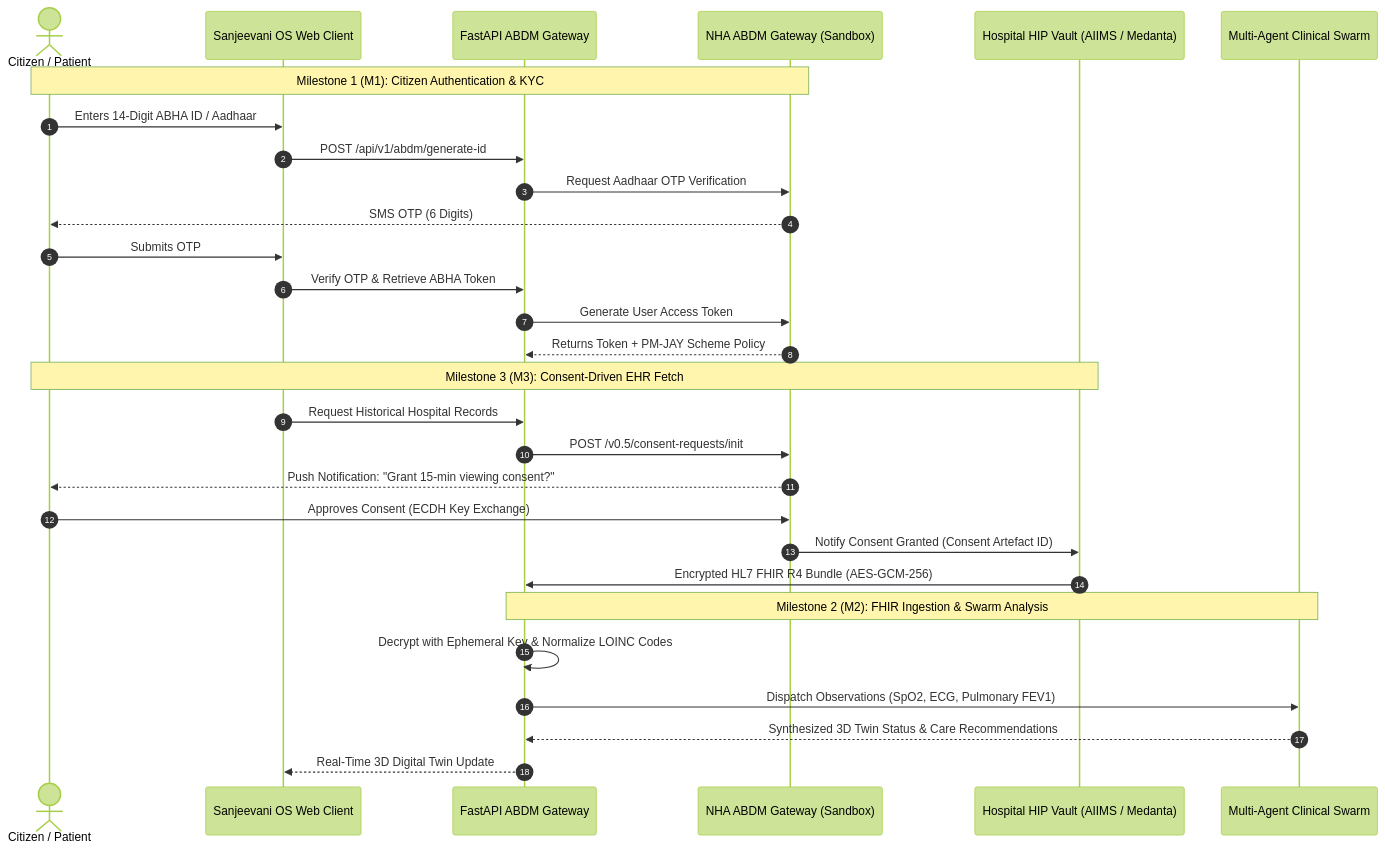
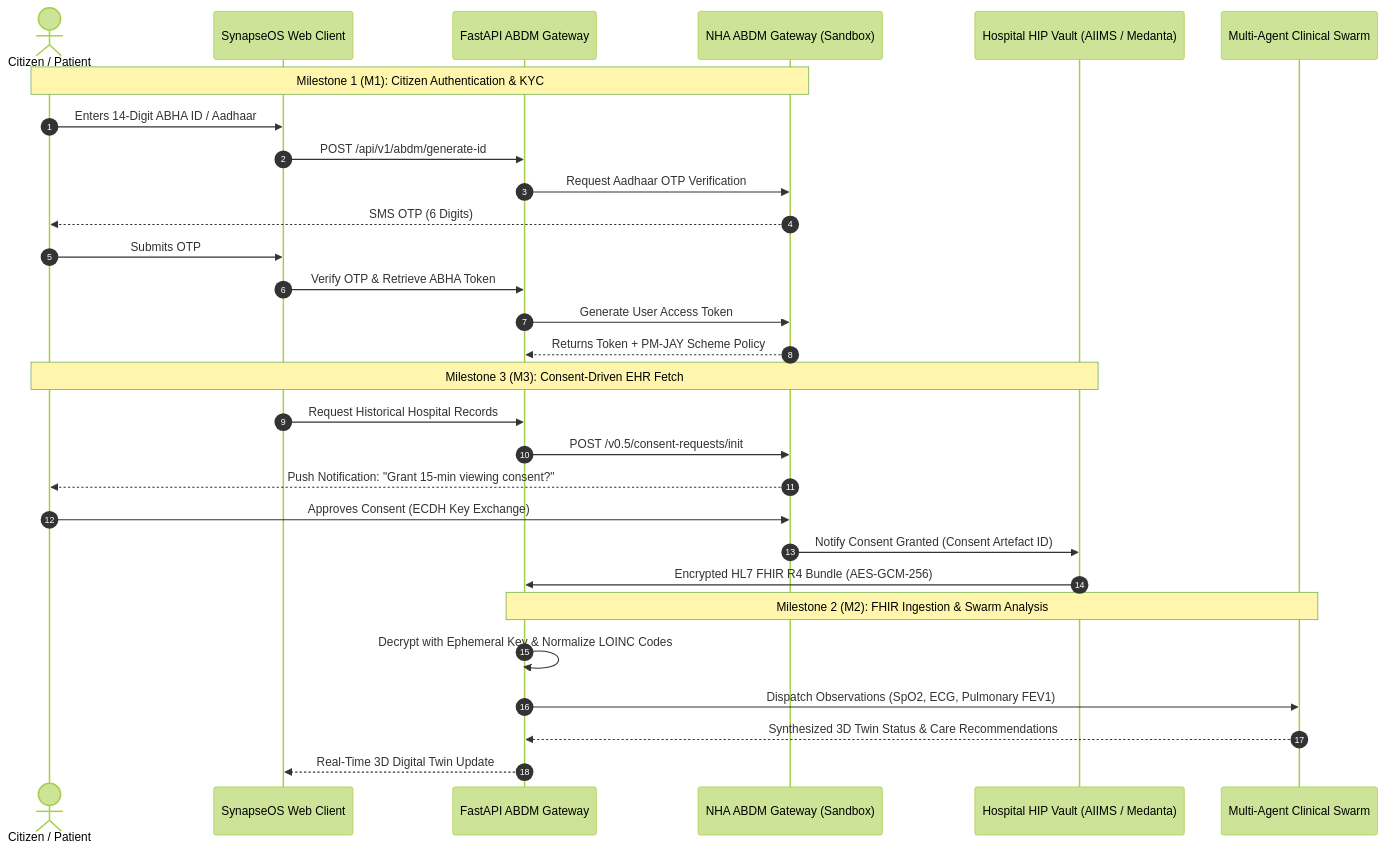
Before and after one commit to livingmangal/Synapse-OS: the second of 3 diagrams in docs/backend_working_apis.md, drawn with Mermaid (forest theme). The commit also changed other lines of this file and 109 other files, not shown here.

````diff
--- a/docs/backend_working_apis.md
+++ b/docs/backend_working_apis.md
@@ -100,34 +100,34 @@
 ```mermaid
 sequenceDiagram
     autonumber
     actor Patient as Citizen / Patient
-    participant Client as Sanjeevani OS Web Client
+    participant Client as SynapseOS Web Client
     participant Gateway as FastAPI ABDM Gateway
     participant ABDM_GW as NHA ABDM Gateway (Sandbox)
     participant HIP as Hospital HIP Vault (AIIMS / Medanta)
     participant Swarm as Multi-Agent Clinical Swarm
 
     Note over Patient,ABDM_GW: Milestone 1 (M1): Citizen Authentication & KYC
     Patient->>Client: Enters 14-Digit ABHA ID / Aadhaar
     Client->>Gateway: POST /api/v1/abdm/generate-id
     Gateway->>ABDM_GW: Request Aadhaar OTP Verification
     ABDM_GW-->>Patient: SMS OTP (6 Digits)
     Patient->>Client: Submits OTP
     Client->>Gateway: Verify OTP & Retrieve ABHA Token
     Gateway->>ABDM_GW: Generate User Access Token
     ABDM_GW-->>Gateway: Returns Token + PM-JAY Scheme Policy
 
     Note over Patient,HIP: Milestone 3 (M3): Consent-Driven EHR Fetch
     Client->>Gateway: Request Historical Hospital Records
     Gateway->>ABDM_GW: POST /v0.5/consent-requests/init
     ABDM_GW-->>Patient: Push Notification: "Grant 15-min viewing consent?"
     Patient->>ABDM_GW: Approves Consent (ECDH Key Exchange)
     ABDM_GW->>HIP: Notify Consent Granted (Consent Artefact ID)
     HIP->>Gateway: Encrypted HL7 FHIR R4 Bundle (AES-GCM-256)
     
     Note over Gateway,Swarm: Milestone 2 (M2): FHIR Ingestion & Swarm Analysis
     Gateway->>Gateway: Decrypt with Ephemeral Key & Normalize LOINC Codes
     Gateway->>Swarm: Dispatch Observations (SpO2, ECG, Pulmonary FEV1)
     Swarm-->>Gateway: Synthesized 3D Twin Status & Care Recommendations
     Gateway-->>Client: Real-Time 3D Digital Twin Update
 ```
````
